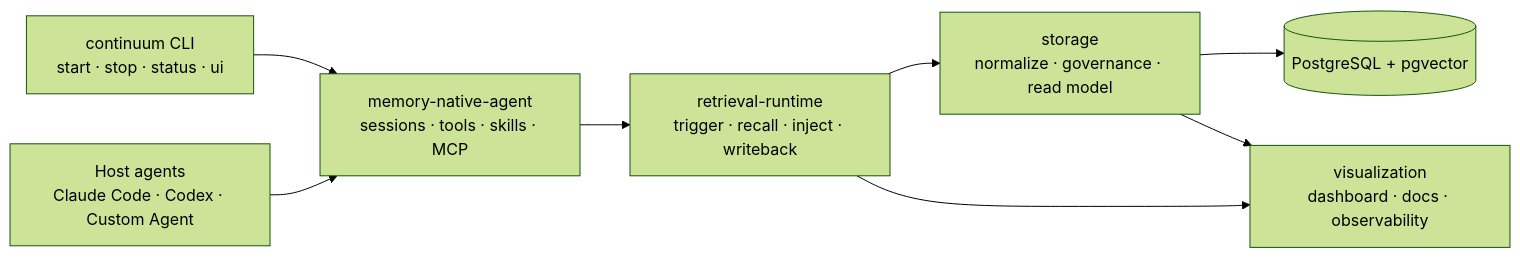
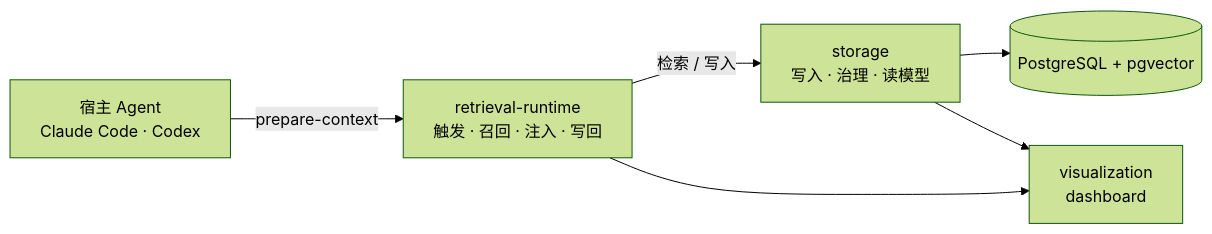
One commit to liu-collab/continuum changed the second of 2 diagrams in README.md. Above: the diagram before and after it, drawn with Mermaid (forest theme). The commit also changed other lines of this file, not shown here.

````diff
--- a/README.md
+++ b/README.md
@@ -20,18 +72,14 @@
 ```mermaid
 flowchart LR
-    cli["continuum CLI<br/>start · stop · status · ui"]
-    host["Host agents<br/>Claude Code · Codex · Custom Agent"]
-    mna["memory-native-agent<br/>sessions · tools · skills · MCP"]
-    runtime["retrieval-runtime<br/>trigger · recall · inject · writeback"]
-    storage["storage<br/>normalize · governance · read model"]
+    host["宿主 Agent<br/>Claude Code · Codex"]
+    runtime["retrieval-runtime<br/>触发 · 召回 · 注入 · 写回"]
+    storage["storage<br/>写入 · 治理 · 读模型"]
     db[("PostgreSQL + pgvector")]
-    viz["visualization<br/>dashboard · docs · observability"]
+    viz["visualization<br/>dashboard"]
 
-    cli --> mna
-    host --> mna
-    mna --> runtime
-    runtime --> storage
+    host -->|"prepare-context"| runtime
+    runtime -->|"检索 / 写入"| storage
     storage --> db
     runtime --> viz
     storage --> viz
 ```
````
